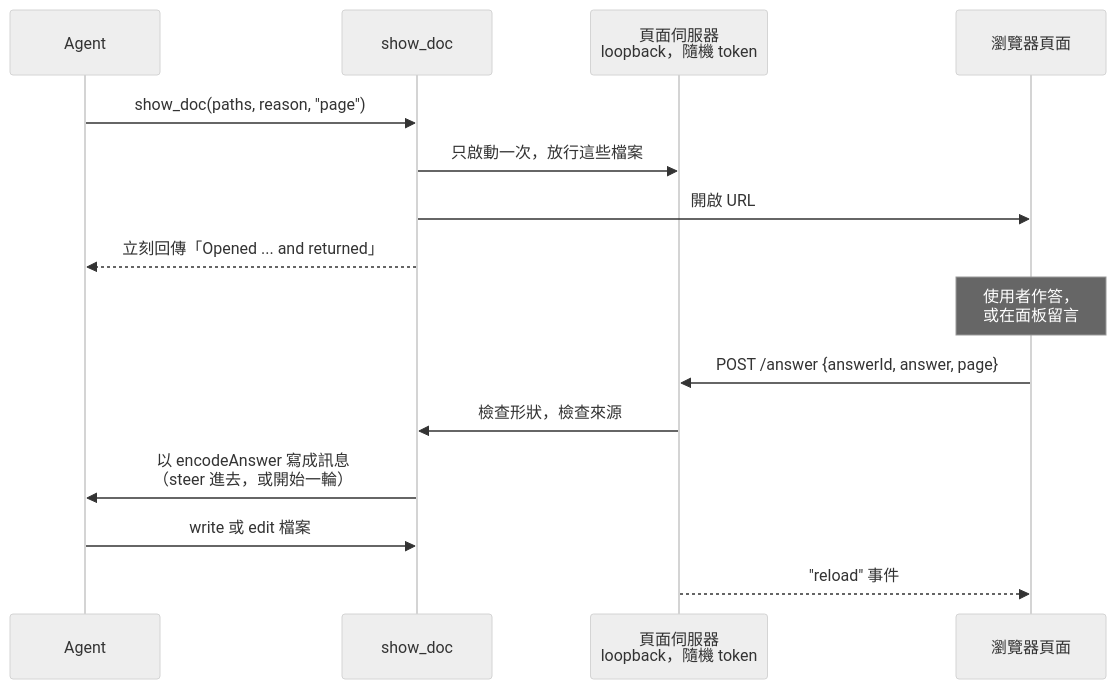
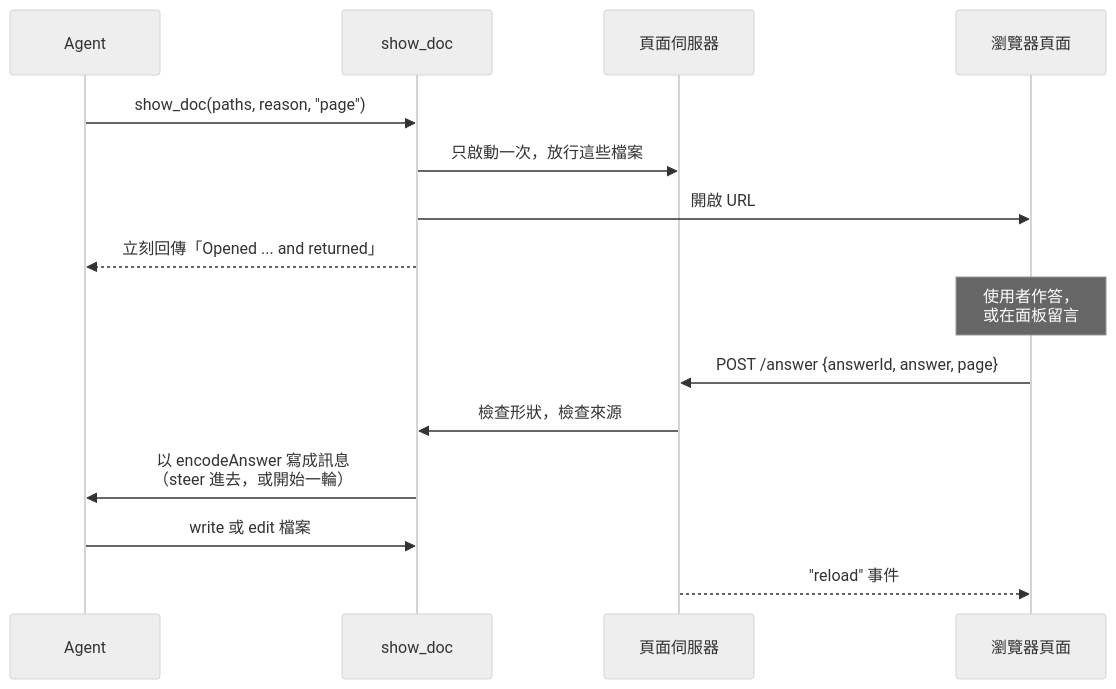
The first of 3 diagrams in docs/reference.zh-TW.md (wayne930242/pi-better-show), drawn with Mermaid (neutral theme) before and after one commit. The commit also changed other lines of this file, not shown here.

Commit message:
docs(reference): bring the zh-TW twin to the diagram changes

````diff
--- a/docs/reference.zh-TW.md
+++ b/docs/reference.zh-TW.md
@@ -686,17 +686,17 @@
 ```mermaid
 sequenceDiagram
   participant A as Agent
   participant E as show_doc
-  participant S as 頁面伺服器<br/>loopback，隨機 token
+  participant S as 頁面伺服器
   participant B as 瀏覽器頁面
   A->>E: show_doc(paths, reason, "page")
   E->>S: 只啟動一次，放行這些檔案
   E->>B: 開啟 URL
   E-->>A: 立刻回傳「Opened ... and returned」
   Note over B: 使用者作答，<br/>或在面板留言
   B->>S: POST /answer {answerId, answer, page}
   S->>E: 檢查形狀，檢查來源
   E->>A: 以 encodeAnswer 寫成訊息<br/>（steer 進去，或開始一輪）
   A->>E: write 或 edit 檔案
   S-->>B: "reload" 事件
 ```
````
